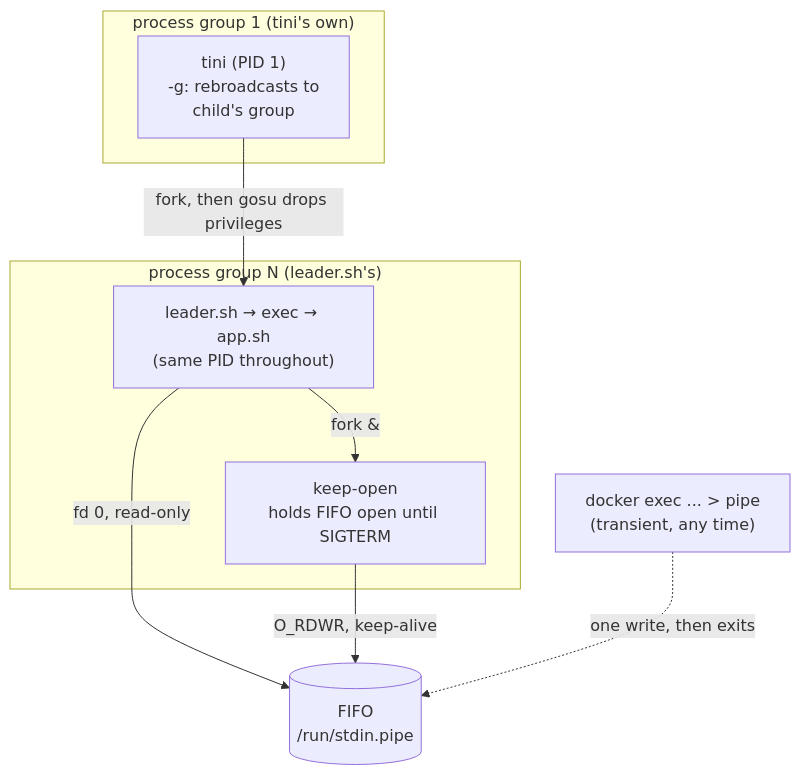
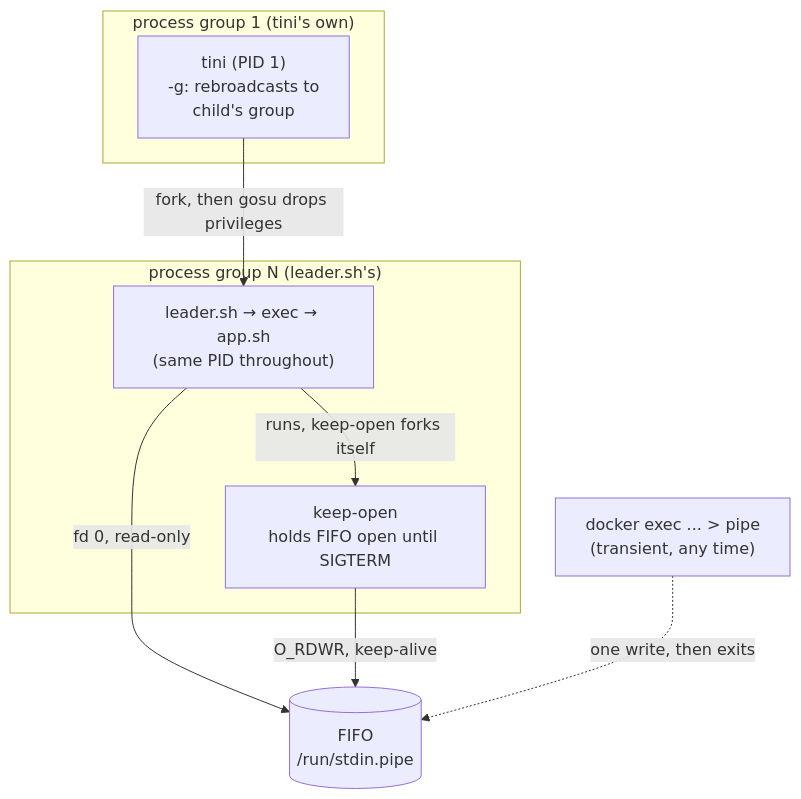
The first of 2 diagrams in README.md (dstodev/swerve), drawn with Mermaid before and after one commit. The commit also changed other lines of this file and 9 other files, not shown here.

````diff
--- a/README.md
+++ b/README.md
@@ -56,18 +47,18 @@
 ```mermaid
 graph TD
     subgraph pgrp1["process group 1 (tini's own)"]
         tini["tini (PID 1)<br/>-g: rebroadcasts to<br/>child's group"]
     end
     subgraph pgrpN["process group N (leader.sh's)"]
         leader["leader.sh → exec → app.sh<br/>(same PID throughout)"]
         keepopen["keep-open<br/>holds FIFO open until SIGTERM"]
     end
     fifo[("FIFO<br/>/run/stdin.pipe")]
     writer["docker exec ... &gt; pipe<br/>(transient, any time)"]
 
     tini -->|fork, then gosu drops privileges| leader
-    leader -->|fork &| keepopen
+    leader -->|runs, keep-open forks itself| keepopen
     leader -->|fd 0, read-only| fifo
     keepopen -->|O_RDWR, keep-alive| fifo
     writer -.->|one write, then exits| fifo
 ```
````
